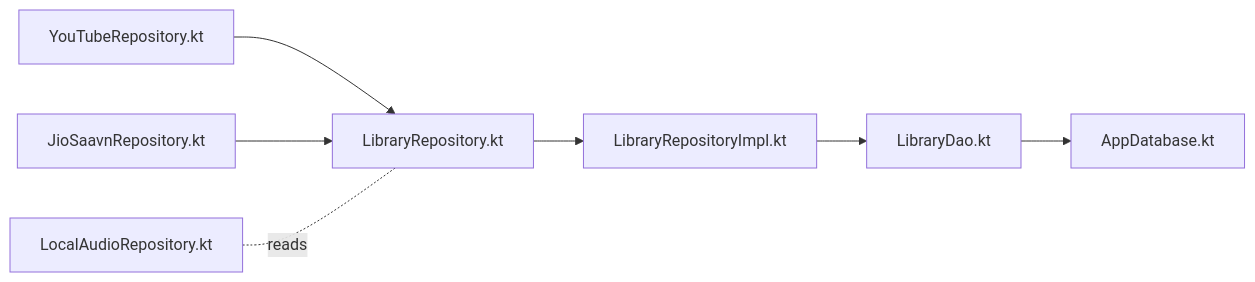
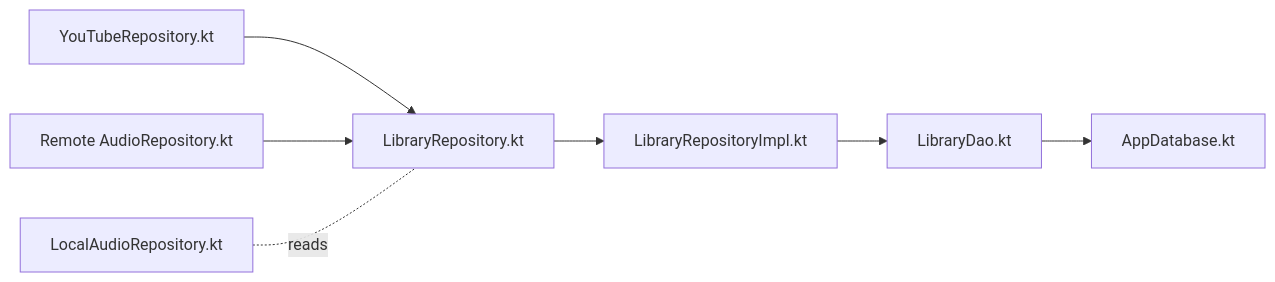
The fifth of 7 diagrams in docs/Data Management/Repository Pattern Implementation.md (suvojeet-sengupta/SuvMusic), drawn with Mermaid before and after one commit. The commit also changed other lines of this file and 32 other files, not shown here.

````diff
--- a/docs/Data Management/Repository Pattern Implementation.md
+++ b/docs/Data Management/Repository Pattern Implementation.md
@@ -288,9 +288,9 @@
 ```mermaid
 graph LR
 YT["YouTubeRepository.kt"] --> LIB["LibraryRepository.kt"]
-JS["JioSaavnRepository.kt"] --> LIB
+JS["Remote AudioRepository.kt"] --> LIB
 LA["LocalAudioRepository.kt"] -. "reads" .- LIB
 LIB --> IMPL["LibraryRepositoryImpl.kt"]
 IMPL --> DAO["LibraryDao.kt"]
 DAO --> DB["AppDatabase.kt"]
 ```
````
